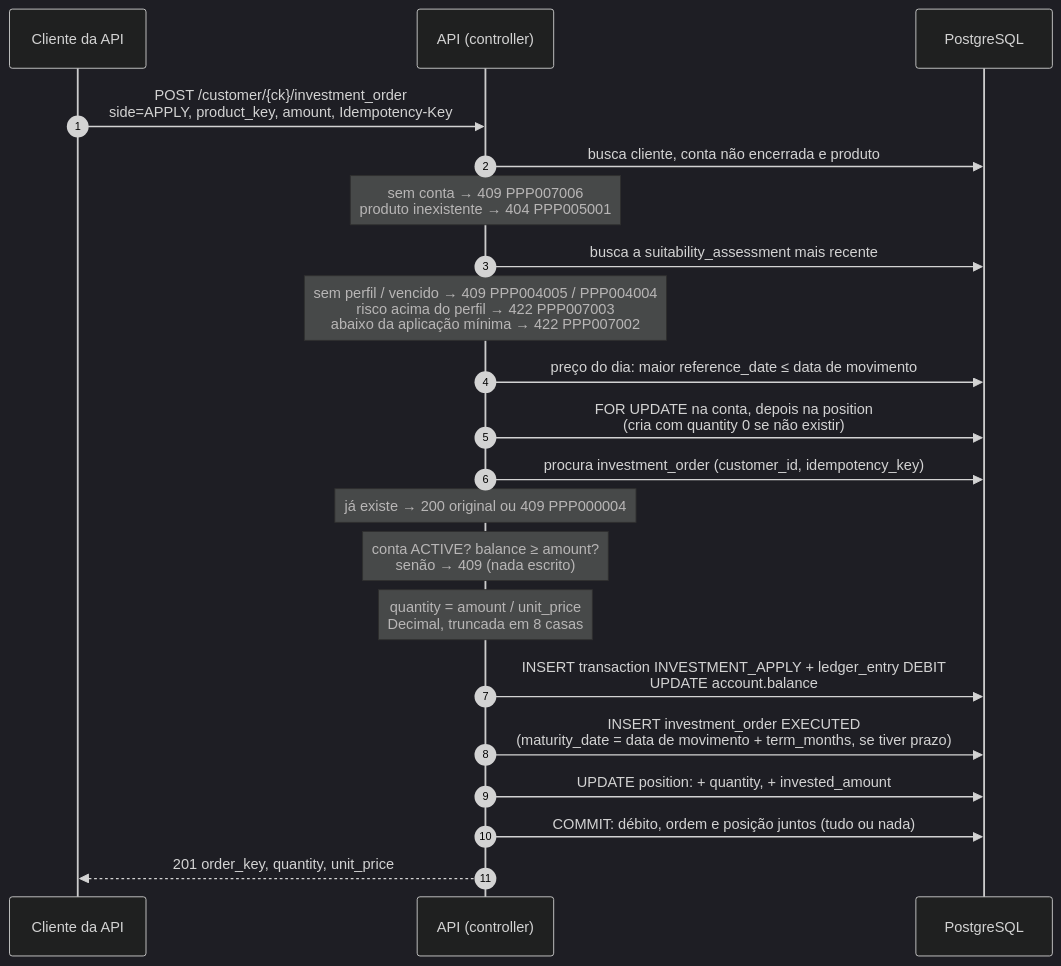
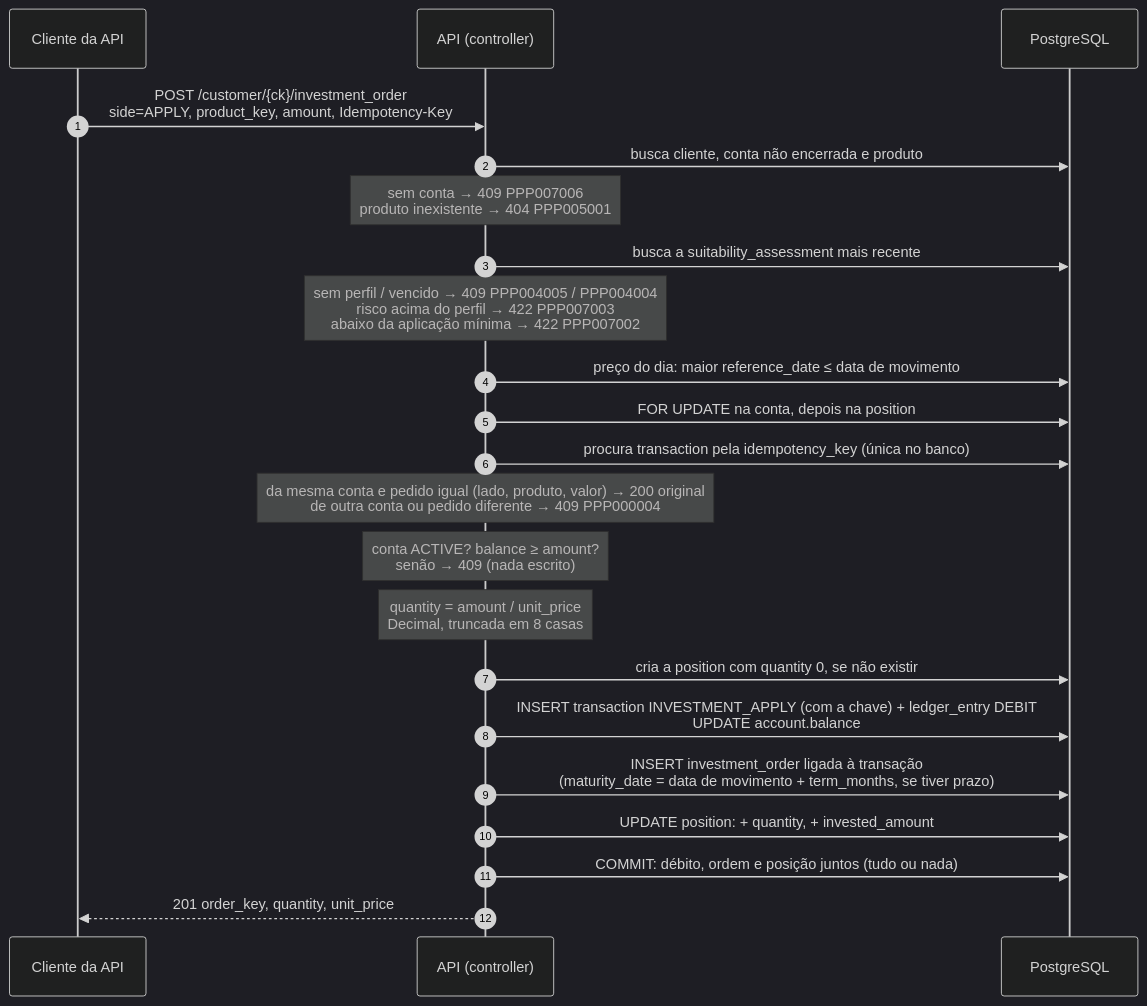
The diagram in docs/diagramas/aplicacao.mmd (heluylucas/bootcamp-qi-tech-presidas-), drawn with Mermaid (dark theme) before and after one commit. The commit also changed 15 other files, not shown here.

Commit message:
:hammer: update: er-&-flow-diagrams

```diff
--- a/docs/diagramas/aplicacao.mmd
+++ b/docs/diagramas/aplicacao.mmd
@@ -1,22 +1,23 @@
 sequenceDiagram
     autonumber
     participant C as Cliente da API
     participant API as API (controller)
     participant DB as PostgreSQL
 
     C->>API: POST /customer/{ck}/investment_order<br/>side=APPLY, product_key, amount, Idempotency-Key
     API->>DB: busca cliente, conta não encerrada e produto
     Note over API: sem conta → 409 PPP007006<br/>produto inexistente → 404 PPP005001
     API->>DB: busca a suitability_assessment mais recente
     Note over API: sem perfil / vencido → 409 PPP004005 / PPP004004<br/>risco acima do perfil → 422 PPP007003<br/>abaixo da aplicação mínima → 422 PPP007002
     API->>DB: preço do dia: maior reference_date ≤ data de movimento
-    API->>DB: FOR UPDATE na conta, depois na position<br/>(cria com quantity 0 se não existir)
-    API->>DB: procura investment_order (customer_id, idempotency_key)
-    Note over API: já existe → 200 original ou 409 PPP000004
+    API->>DB: FOR UPDATE na conta, depois na position
+    API->>DB: procura transaction pela idempotency_key (única no banco)
+    Note over API: da mesma conta e pedido igual (lado, produto, valor) → 200 original<br/>de outra conta ou pedido diferente → 409 PPP000004
     Note over API: conta ACTIVE? balance ≥ amount?<br/>senão → 409 (nada escrito)
     Note over API: quantity = amount / unit_price<br/>Decimal, truncada em 8 casas
-    API->>DB: INSERT transaction INVESTMENT_APPLY + ledger_entry DEBIT<br/>UPDATE account.balance
-    API->>DB: INSERT investment_order EXECUTED<br/>(maturity_date = data de movimento + term_months, se tiver prazo)
+    API->>DB: cria a position com quantity 0, se não existir
+    API->>DB: INSERT transaction INVESTMENT_APPLY (com a chave) + ledger_entry DEBIT<br/>UPDATE account.balance
+    API->>DB: INSERT investment_order ligada à transação<br/>(maturity_date = data de movimento + term_months, se tiver prazo)
     API->>DB: UPDATE position: + quantity, + invested_amount
     API->>DB: COMMIT: débito, ordem e posição juntos (tudo ou nada)
     API-->>C: 201 order_key, quantity, unit_price
```
